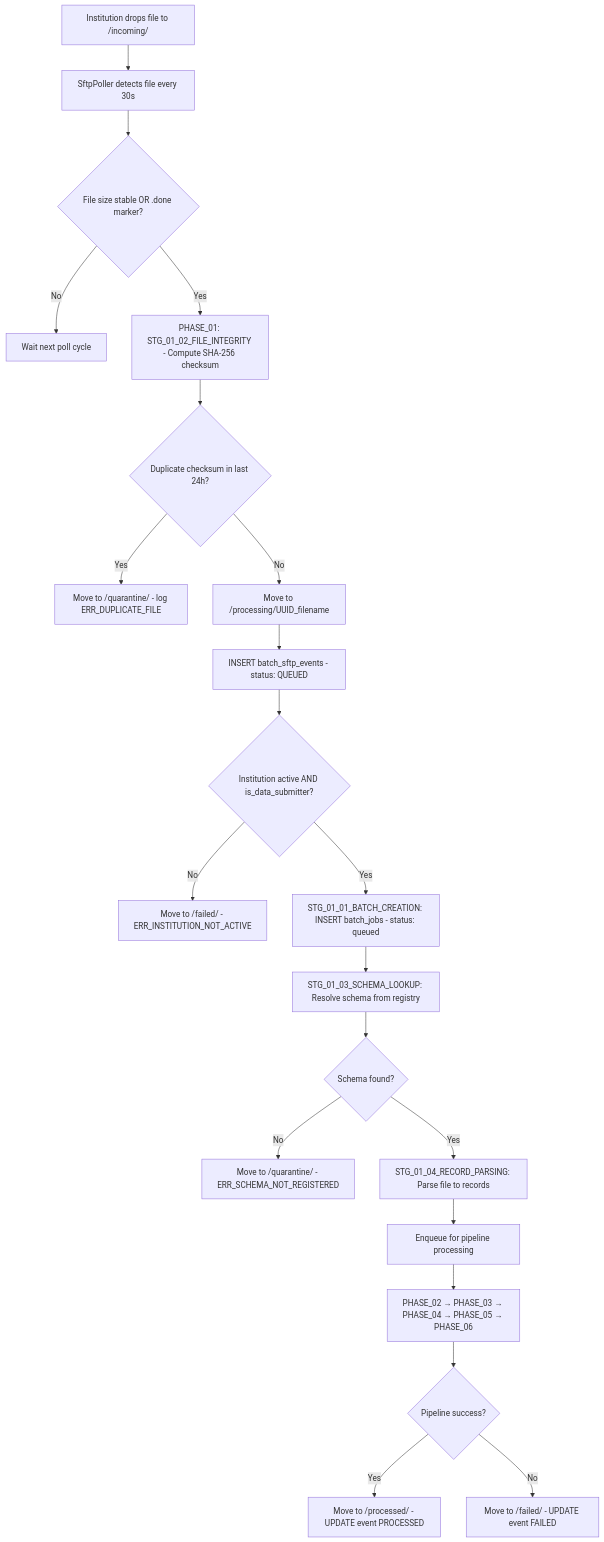
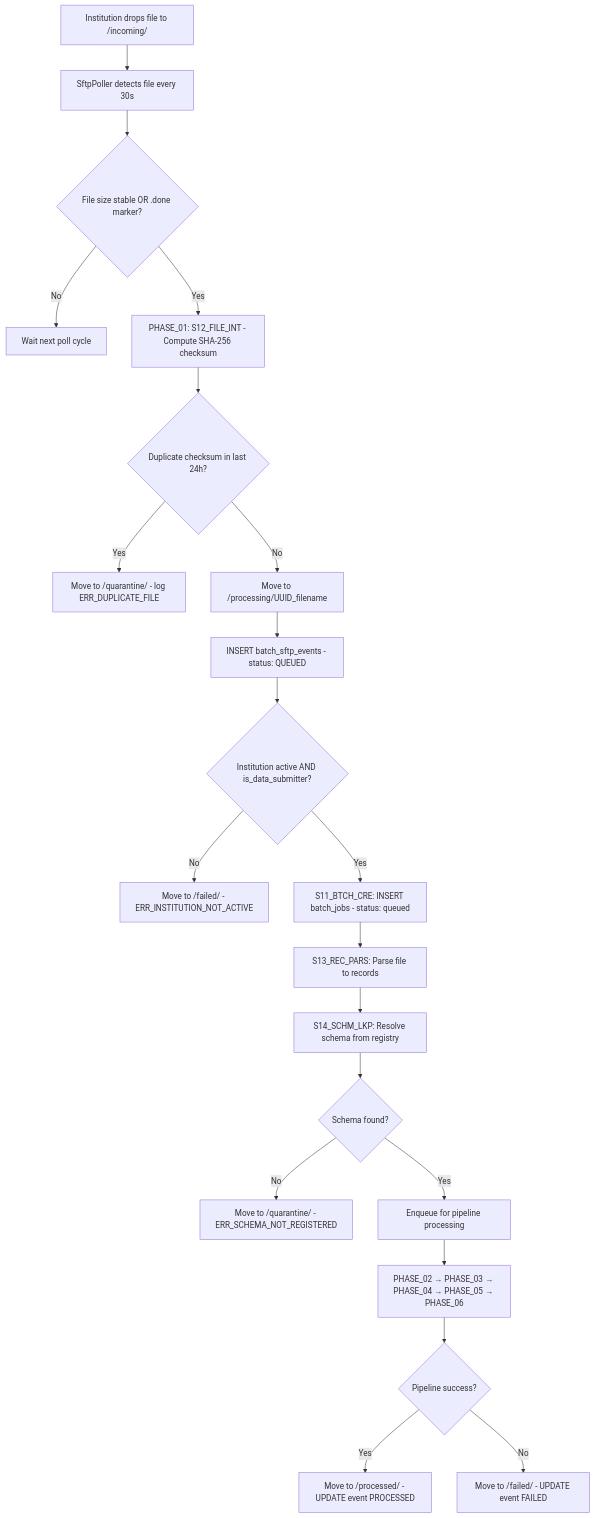
The diagram in docs/User stories/EPIC-14-Batch-Pipeline.md (ashutoshbelulkar-coder/credit-harmony), drawn with Mermaid before and after one commit. The commit also changed other lines of this file, not shown here.

Commit message:
docs: Update phase identifiers and swap execution order of S13_REC_PARS and S14_SCHM_LKP in EPIC-14

````diff
--- a/docs/User stories/EPIC-14-Batch-Pipeline.md
+++ b/docs/User stories/EPIC-14-Batch-Pipeline.md
@@ -533,23 +533,23 @@
 ```mermaid
 flowchart TD
     A[Institution drops file to /incoming/] --> B[SftpPoller detects file every 30s]
     B --> C{File size stable OR .done marker?}
     C -->|No| D[Wait next poll cycle]
-    C -->|Yes| E[PHASE_01: STG_01_02_FILE_INTEGRITY - Compute SHA-256 checksum]
+    C -->|Yes| E[PHASE_01: S12_FILE_INT - Compute SHA-256 checksum]
     E --> F{Duplicate checksum in last 24h?}
     F -->|Yes| G[Move to /quarantine/ - log ERR_DUPLICATE_FILE]
     F -->|No| H[Move to /processing/UUID_filename]
     H --> I[INSERT batch_sftp_events - status: QUEUED]
     I --> J{Institution active AND is_data_submitter?}
     J -->|No| K[Move to /failed/ - ERR_INSTITUTION_NOT_ACTIVE]
-    J -->|Yes| L[STG_01_01_BATCH_CREATION: INSERT batch_jobs - status: queued]
-    L --> L2[STG_01_03_SCHEMA_LOOKUP: Resolve schema from registry]
-    L2 --> L3{Schema found?}
-    L3 -->|No| L4[Move to /quarantine/ - ERR_SCHEMA_NOT_REGISTERED]
-    L3 -->|Yes| L5[STG_01_04_RECORD_PARSING: Parse file to records]
-    L5 --> M[Enqueue for pipeline processing]
+    J -->|Yes| L[S11_BTCH_CRE: INSERT batch_jobs - status: queued]
+    L --> L2[S13_REC_PARS: Parse file to records]
+    L2 --> L3[S14_SCHM_LKP: Resolve schema from registry]
+    L3 --> L4{Schema found?}
+    L4 -->|No| L5[Move to /quarantine/ - ERR_SCHEMA_NOT_REGISTERED]
+    L4 -->|Yes| M[Enqueue for pipeline processing]
     M --> N[PHASE_02 → PHASE_03 → PHASE_04 → PHASE_05 → PHASE_06]
     N --> O{Pipeline success?}
     O -->|Yes| P[Move to /processed/ - UPDATE event PROCESSED]
     O -->|No| Q[Move to /failed/ - UPDATE event FAILED]
 ```
````
